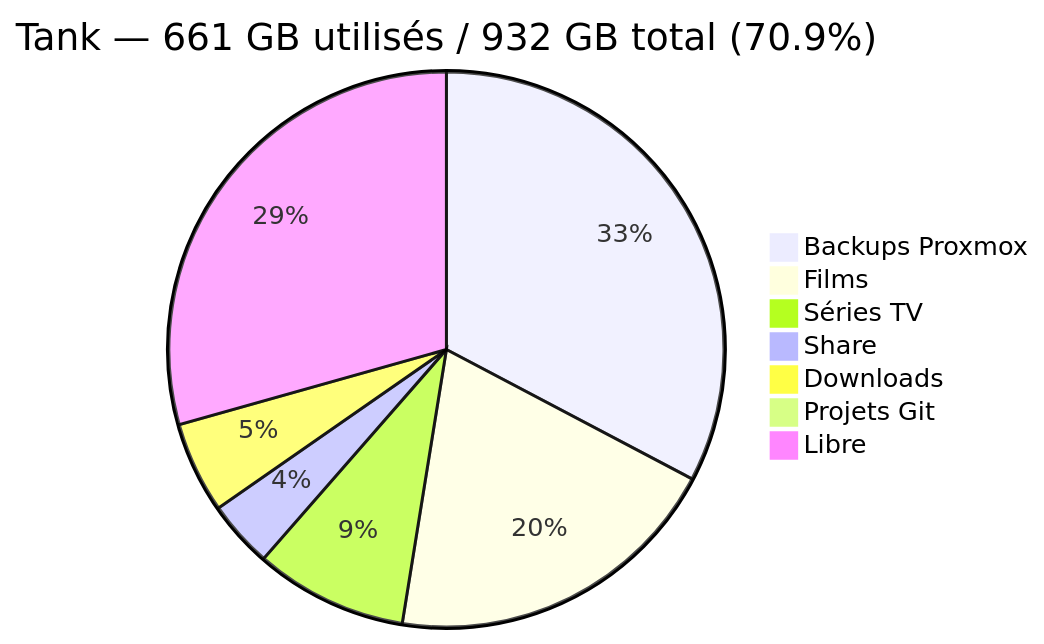
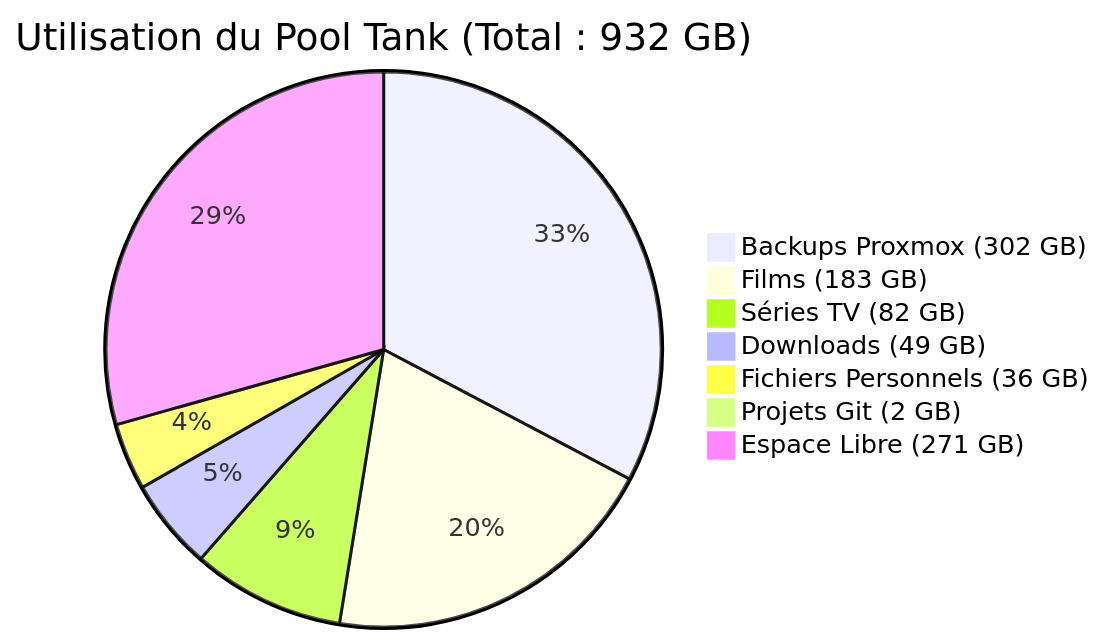
The diagram in hardware/storage.md (Kyworn/ZorkoLab), drawn with Mermaid before and after one commit. The commit also changed other lines of this file and 9 other files, not shown here.

Commit message:
docs: complete overhaul of hardware docs and diagrams for enterprise-grade readability

````diff
--- a/hardware/storage.md
+++ b/hardware/storage.md
@@ -26,10 +29,10 @@
 ```mermaid
-pie title Tank — 661 GB utilisés / 932 GB total (70.9%)
-    "Backups Proxmox" : 302
-    "Films" : 183
-    "Séries TV" : 82
-    "Share" : 36
-    "Downloads" : 49
-    "Projets Git" : 2
-    "Libre" : 271
+pie title Utilisation du Pool Tank (Total : 932 GB)
+    "Backups Proxmox (302 GB)" : 302
+    "Films (183 GB)" : 183
+    "Séries TV (82 GB)" : 82
+    "Downloads (49 GB)" : 49
+    "Fichiers Personnels (36 GB)" : 36
+    "Projets Git (2 GB)" : 2
+    "Espace Libre (271 GB)" : 271
 ```
````
